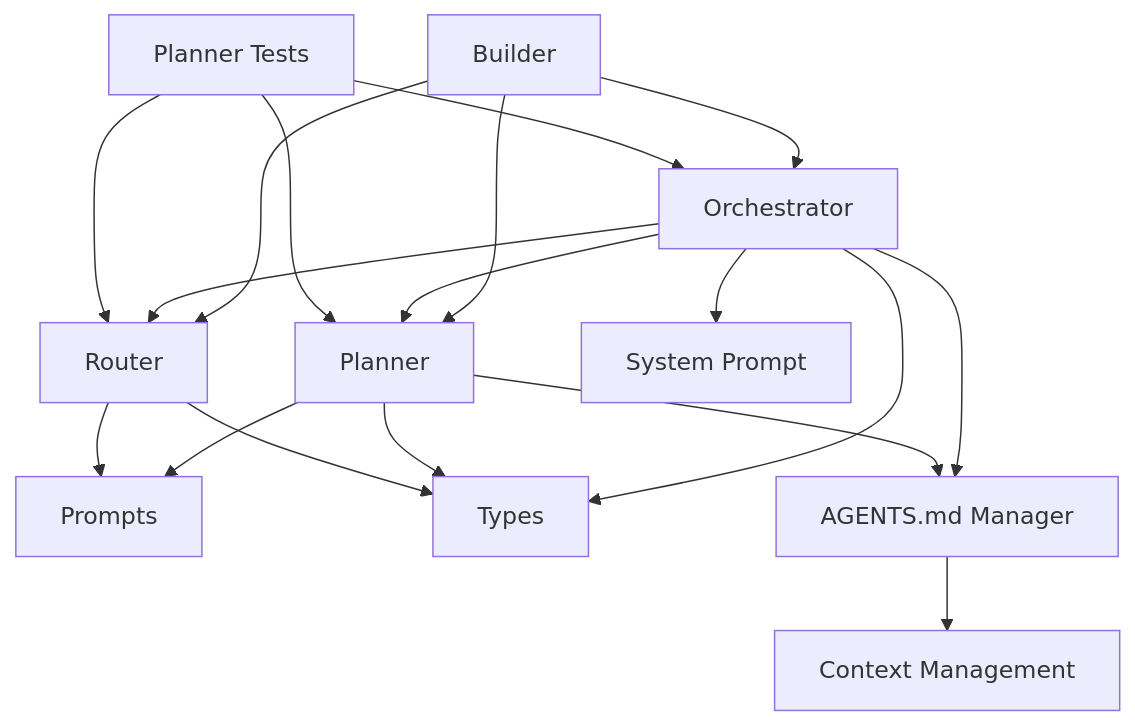
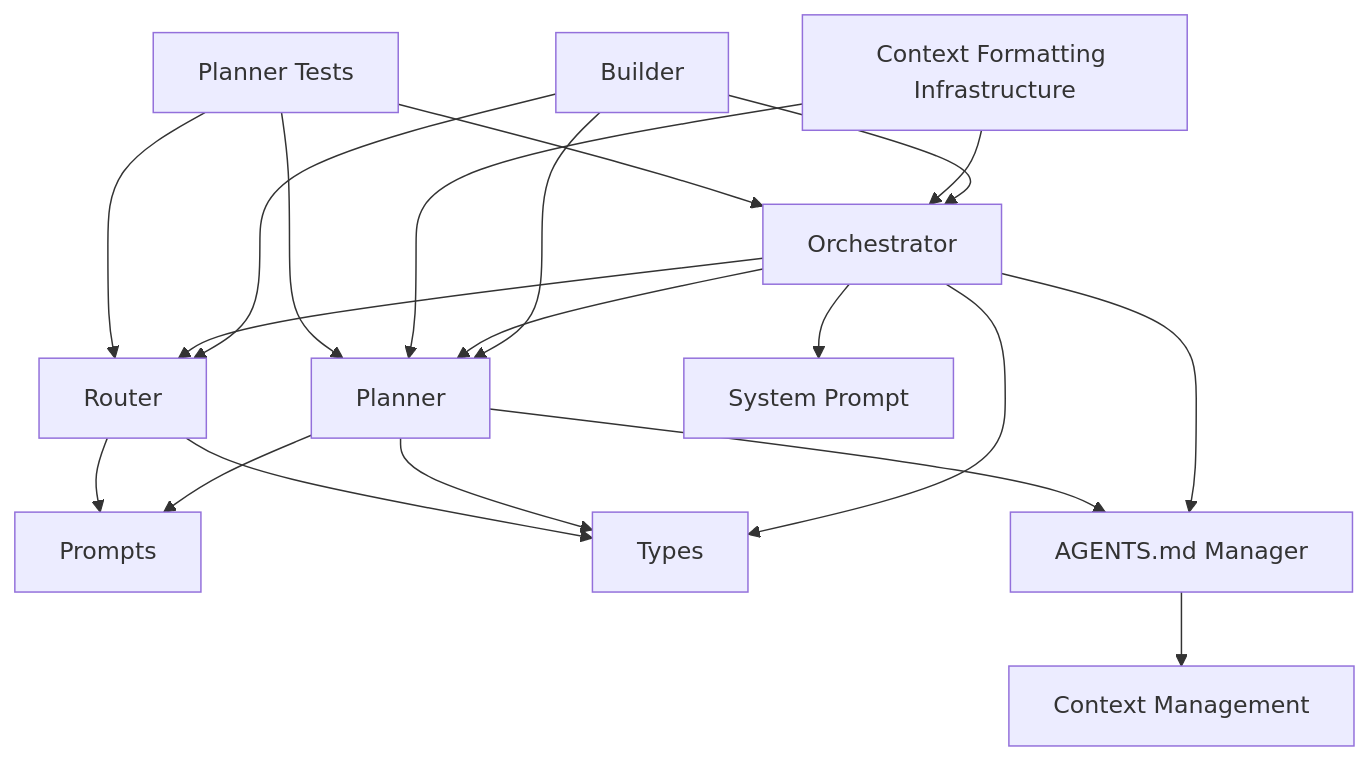
Diagram 14 of 14 in .qoder/repowiki/en/content/Core AI Engine/Planner System.md (v0lka/c0wrk), drawn with Mermaid before and after one commit. The commit also changed other lines of this file and 35 other files, not shown here.

````diff
--- a/.qoder/repowiki/en/content/Core AI Engine/Planner System.md
+++ b/.qoder/repowiki/en/content/Core AI Engine/Planner System.md
@@ -522,20 +664,22 @@
 ```mermaid
 graph TB
 Builder["Builder"] --> Orchestrator["Orchestrator"]
 Builder --> Planner["Planner"]
 Builder --> Router["Router"]
 Orchestrator --> Planner
 Orchestrator --> Router
 Planner --> Prompts["Prompts"]
 Router --> Prompts
 Orchestrator --> Types["Types"]
 Planner --> Types
 Router --> Types
 Orchestrator --> SystemPrompt["System Prompt"]
 Orchestrator --> AgentsMD["AGENTS.md Manager"]
 Planner --> AgentsMD
 AgentsMD --> Context["Context Management"]
+ContextFormatting["Context Formatting Infrastructure"] --> Planner
+ContextFormatting --> Orchestrator
 PlannerTests["Planner Tests"] --> Planner
 PlannerTests --> Router
 PlannerTests --> Orchestrator
 ```
````
